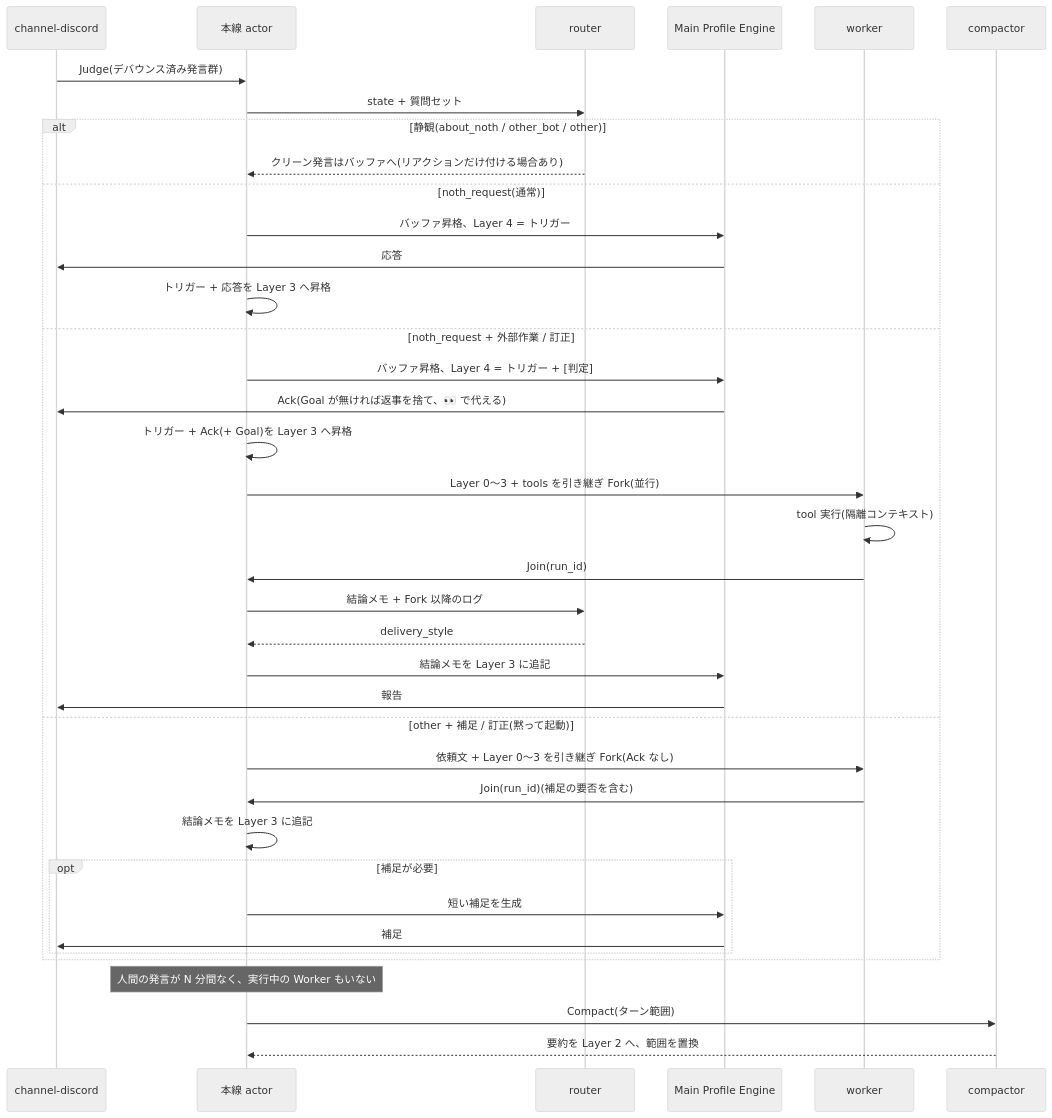
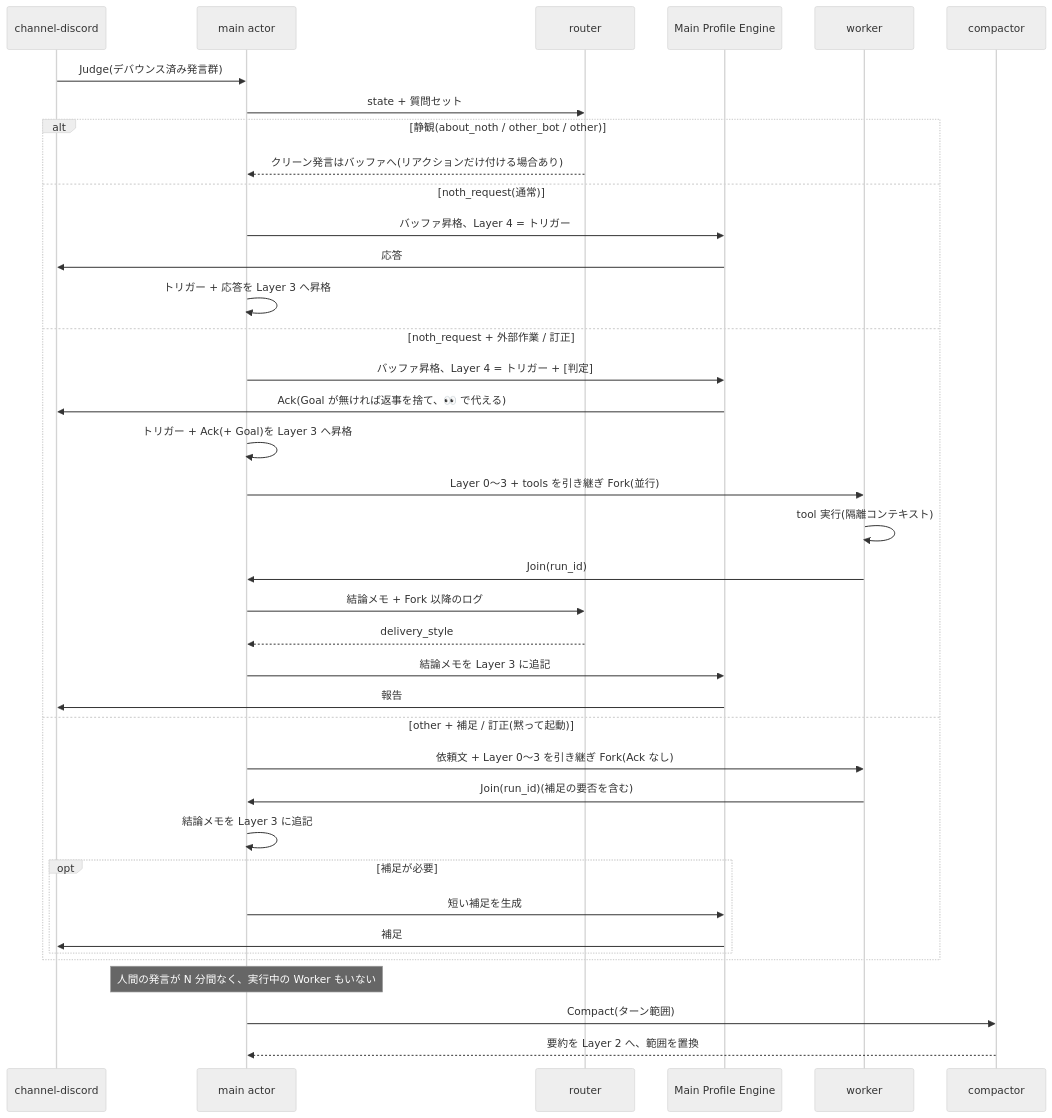
One commit to NotHumanServer/noth changed the diagram in docs/context-layers.md. Above: the diagram before and after it, drawn with Mermaid (neutral theme). The commit also changed other lines of this file and 18 other files, not shown here.

````diff
--- a/docs/context-layers.md
+++ b/docs/context-layers.md
@@ -282,41 +282,41 @@
 ```mermaid
 sequenceDiagram
     participant D as channel-discord
-    participant A as 本線 actor
+    participant A as main actor
     participant R as router
     participant M as Main Profile Engine
     participant W as worker
     participant C as compactor
 
     D->>A: Judge(デバウンス済み発言群)
     A->>R: state + 質問セット
     alt 静観(about_noth / other_bot / other)
         R-->>A: クリーン発言はバッファへ(リアクションだけ付ける場合あり)
     else noth_request(通常)
         A->>M: バッファ昇格、Layer 4 = トリガー
         M->>D: 応答
         A->>A: トリガー + 応答を Layer 3 へ昇格
     else noth_request + 外部作業 / 訂正
         A->>M: バッファ昇格、Layer 4 = トリガー + [判定]
         M->>D: Ack(Goal が無ければ返事を捨て、👀 で代える)
         A->>A: トリガー + Ack(+ Goal)を Layer 3 へ昇格
         A->>W: Layer 0〜3 + tools を引き継ぎ Fork(並行)
         W->>W: tool 実行(隔離コンテキスト)
         W->>A: Join(run_id)
         A->>R: 結論メモ + Fork 以降のログ
         R-->>A: delivery_style
         A->>M: 結論メモを Layer 3 に追記
         M->>D: 報告
     else other + 補足 / 訂正(黙って起動)
         A->>W: 依頼文 + Layer 0〜3 を引き継ぎ Fork(Ack なし)
         W->>A: Join(run_id)(補足の要否を含む)
         A->>A: 結論メモを Layer 3 に追記
         opt 補足が必要
             A->>M: 短い補足を生成
             M->>D: 補足
         end
     end
     Note over A: 人間の発言が N 分間なく、実行中の Worker もいない
     A->>C: Compact(ターン範囲)
     C-->>A: 要約を Layer 2 へ、範囲を置換
 ```
````
